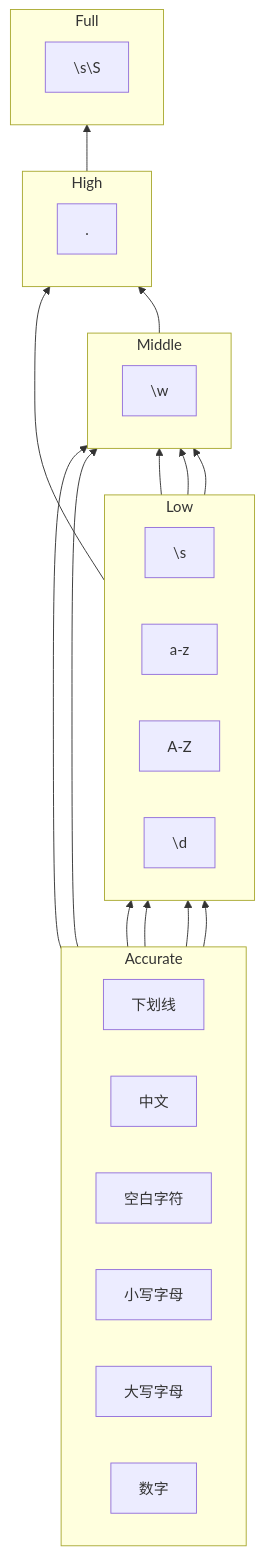
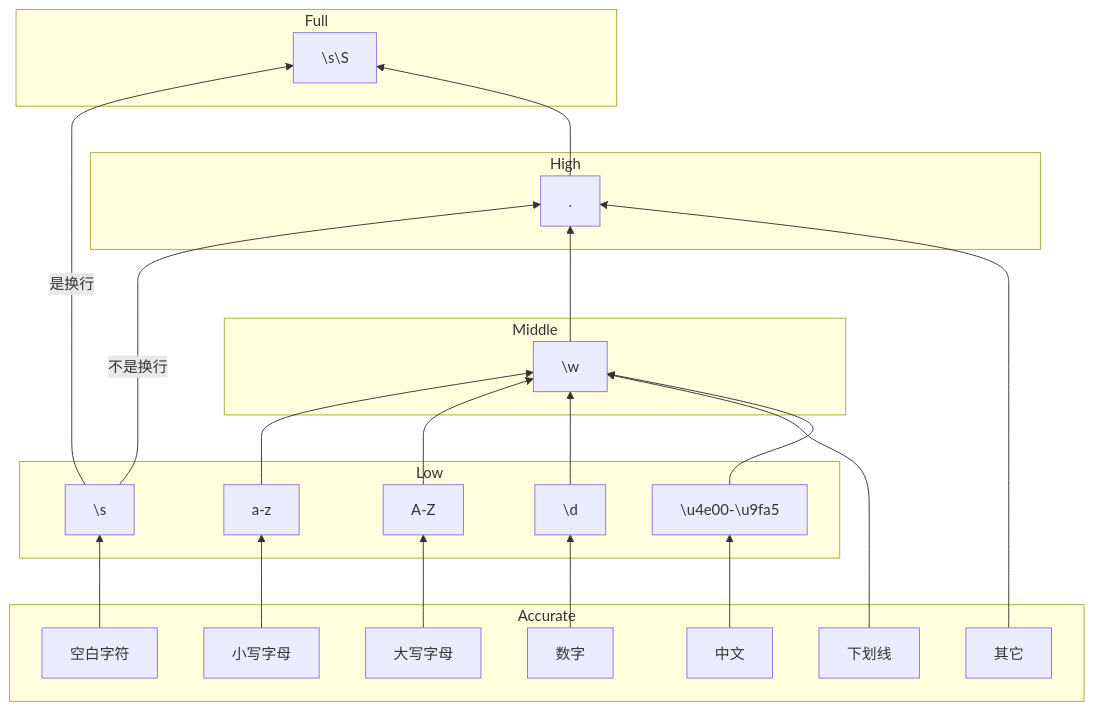
One commit to PheonixHkbxoic/regex-generator changed the diagram in src/main/resources/docs/regex_level.md. Above: the diagram before and after it, drawn with Mermaid.

Commit message:
feat: regex level

````diff
--- a/src/main/resources/docs/regex_level.md
+++ b/src/main/resources/docs/regex_level.md
@@ -3,47 +3,47 @@
 ```mermaid
 graph BT
     subgraph Full
-        direction LR
         all["\s\S"]
     end
+    blank1-->|是换行|all
     dot-->all
 
     subgraph High
-        direction LR
         dot["."]
     end
-    blank1-->dot
+    blank1-->|不是换行|dot
     word-->dot
+    other-->dot
 
     subgraph Middle
-        direction LR
         word["\w"]
     end
     lower1--> word
     upper1--> word
     digit1--> word
     underscore--> word
-    chinese--> word
+    chinese1--> word
 
     subgraph Low
-        direction LR
         blank1["\s"]
         lower1["a-z"]
         upper1["A-Z"]
         digit1["\d"]
+        chinese1["\u4e00-\u9fa5"]
     end
     blank--> blank1
     lower--> lower1
     upper--> upper1
     digit--> digit1
+    chinese-->chinese1
 
-   subgraph Accurate
-    direction LR        
+   subgraph Accurate     
     blank[空白字符]
     lower[小写字母]
     upper[大写字母]
     digit[数字]
     underscore[下划线]
     chinese[中文]
+    other[其它]
    end
 ```
````
